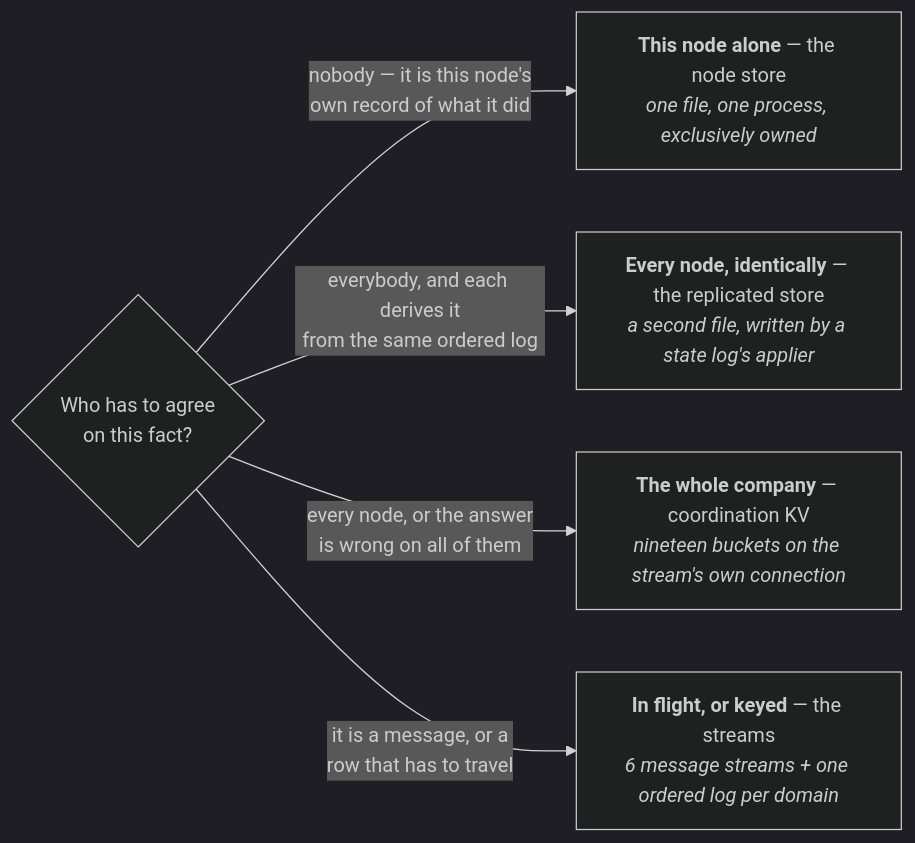
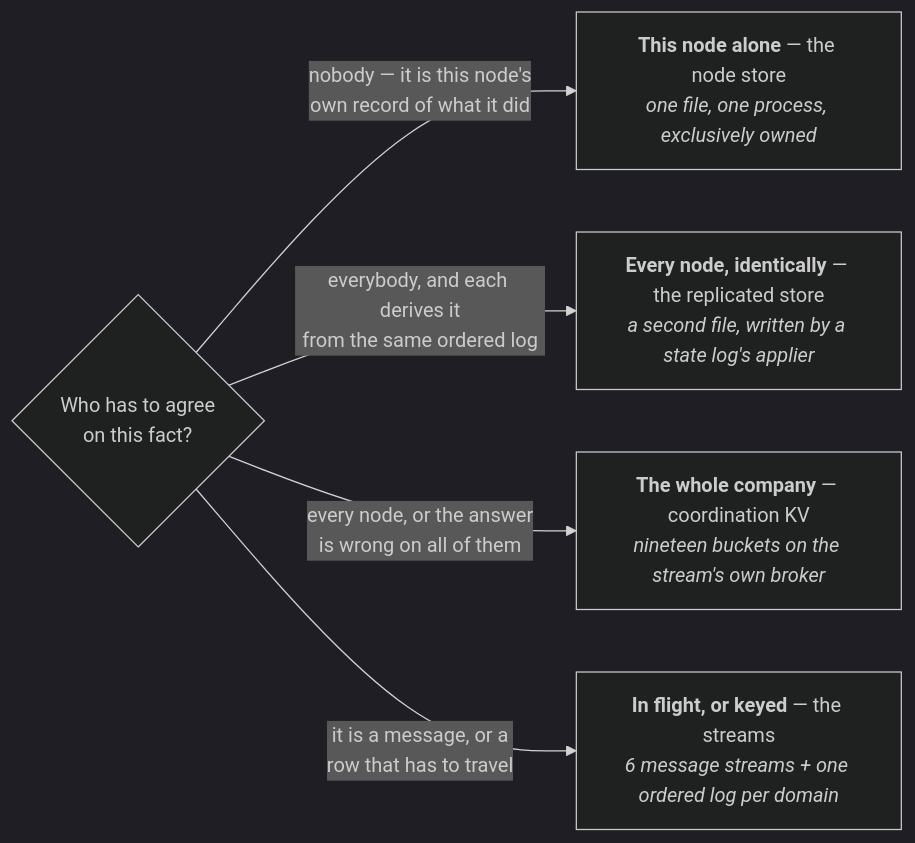
Before and after one commit to crewlet/crewlet: the ninth of 10 diagrams in docs/concepts/architecture.md, drawn with Mermaid (dark theme). The commit also changed other lines of this file and 20 other files, not shown here.

````diff
--- a/docs/concepts/architecture.md
+++ b/docs/concepts/architecture.md
@@ -515,13 +521,13 @@
 ```mermaid
 flowchart LR
     Q{"Who has to agree<br/>on this fact?"}
     LOCAL["<b>This node alone</b> — the node store<br/><i>one file, one process, exclusively owned</i>"]
     DERIVED["<b>Every node, identically</b> — the replicated store<br/><i>a second file, written by a state log's applier</i>"]
-    FLEET["<b>The whole company</b> — coordination KV<br/><i>nineteen buckets on the stream's own connection</i>"]
+    FLEET["<b>The whole company</b> — coordination KV<br/><i>nineteen buckets on the stream's own broker</i>"]
     STREAM["<b>In flight, or keyed</b> — the streams<br/><i>6 message streams + one ordered log per domain</i>"]
 
     Q -->|"nobody — it is this node's<br/>own record of what it did"| LOCAL
     Q -->|"everybody, and each derives it<br/>from the same ordered log"| DERIVED
     Q -->|"every node, or the answer<br/>is wrong on all of them"| FLEET
     Q -->|"it is a message, or a<br/>row that has to travel"| STREAM
 ```
````
